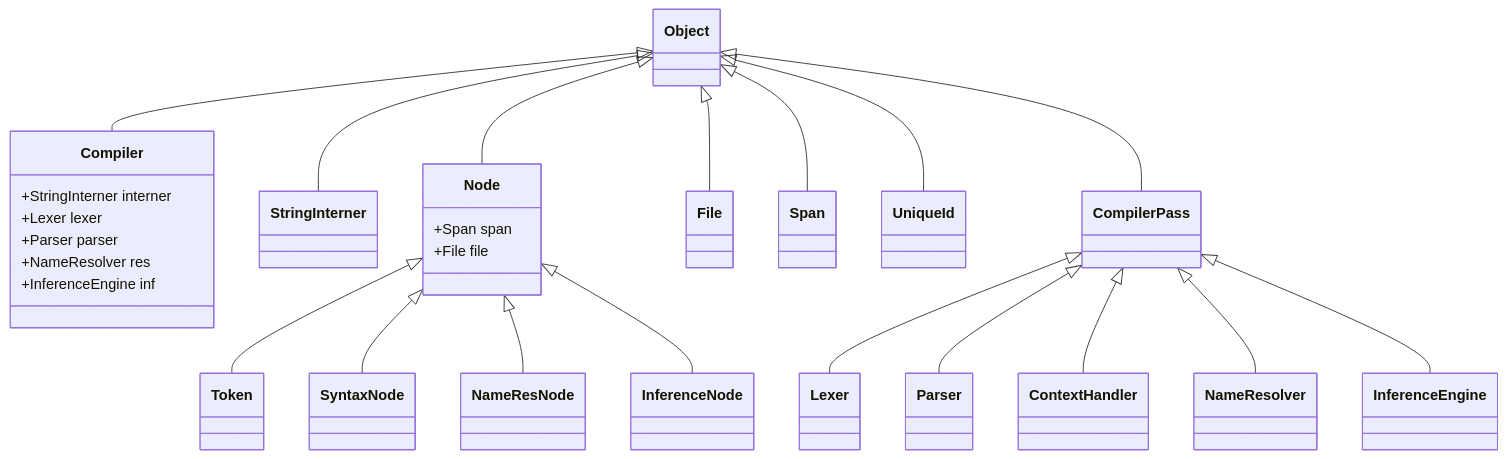
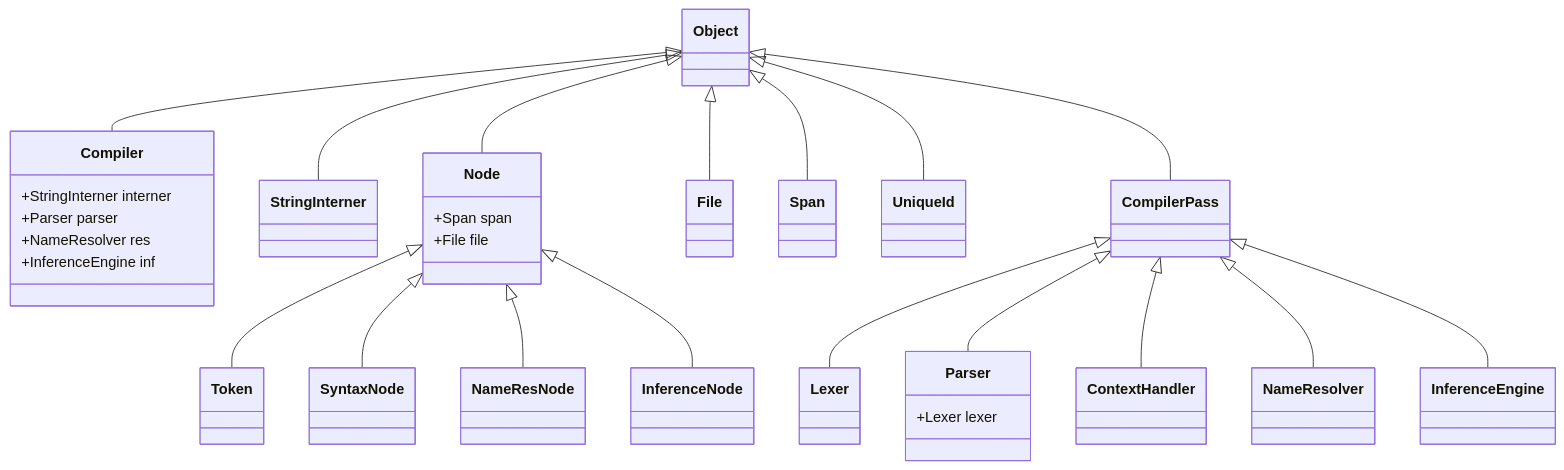
One commit to mcdearman/miniml changed the diagram in objectGraph.md. Above: the diagram before and after it, drawn with Mermaid. The commit also changed 11 other files, not shown here.

````diff
--- a/objectGraph.md
+++ b/objectGraph.md
@@ -1,28 +1,28 @@
 ```mermaid
 classDiagram
     Compiler : +StringInterner interner
-    Compiler : +Lexer lexer
     Compiler : +Parser parser
     Compiler : +NameResolver res
     Compiler : +InferenceEngine inf
     Object <|-- Compiler
     Object <|-- StringInterner
     Object <|-- Node
     Object <|-- File
     Object <|-- Span
     Object <|-- UniqueId
     Object <|-- CompilerPass
 
     CompilerPass <|-- Lexer
     CompilerPass <|-- Parser
+    Parser : +Lexer lexer
     CompilerPass <|-- ContextHandler
     CompilerPass <|-- NameResolver
     CompilerPass <|-- InferenceEngine
 
     Node : +Span span
     Node : +File file
     Node <|-- Token
     Node <|-- SyntaxNode
     Node <|-- NameResNode
     Node <|-- InferenceNode
 ```
````
